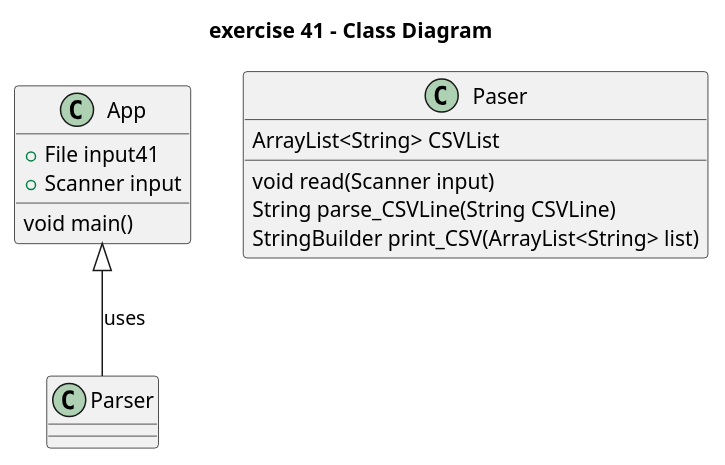
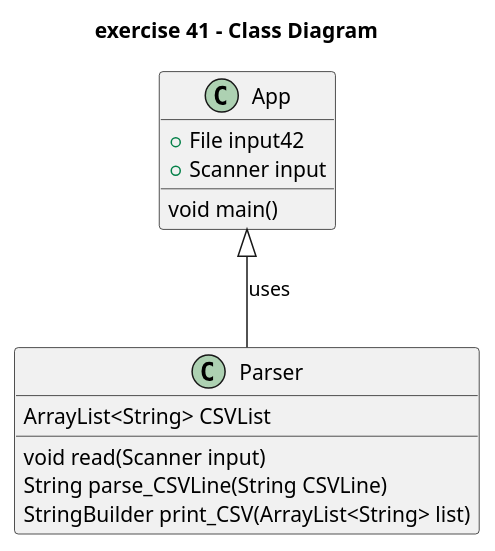
Before and after one commit to oleksii-kulyk/kulyk-cop3330-assignment3: the diagram in src/main/resources/ex42.puml, drawn with PlantUML. The commit also changed 3 other files, not shown here.

```diff
--- a/src/main/resources/ex42.puml
+++ b/src/main/resources/ex42.puml
@@ -1,21 +1,21 @@
 @startuml
 
 title exercise 41 - Class Diagram
 
 
 class App {
-  +File input41
+  +File input42
   +Scanner input
   void main()
 }
 
-class Paser {
+class Parser {
   ArrayList<String> CSVList
   void read(Scanner input)
   String parse_CSVLine(String CSVLine)
   StringBuilder print_CSV(ArrayList<String> list)
 }
 
 App <|-down- Parser: uses
 
 @enduml
```
